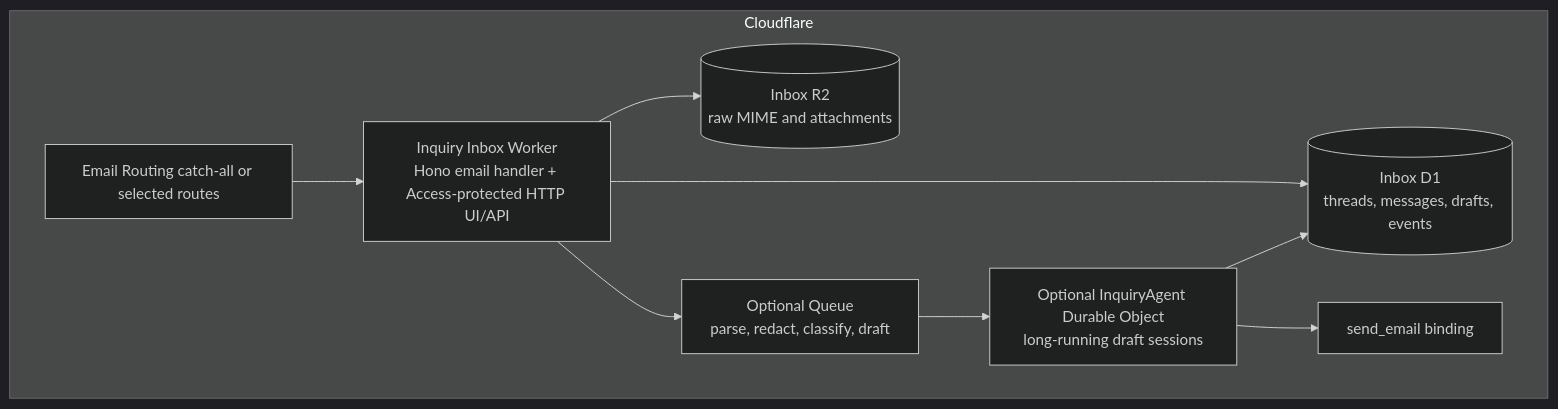
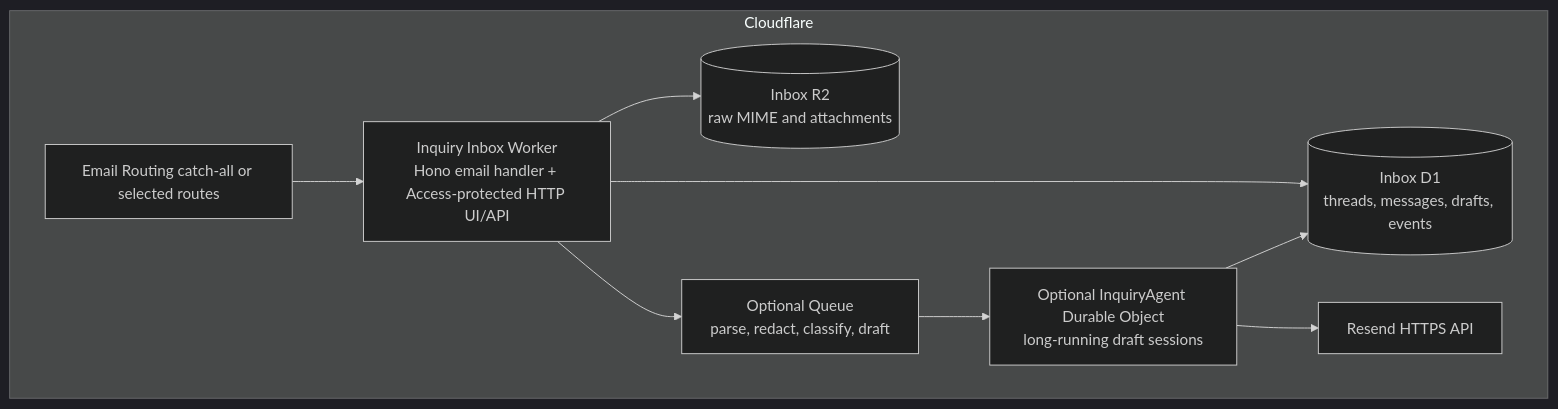
The second of 4 diagrams in docs/operations/ai-inquiry-inbox.md (kazu-42/HonoWarden), drawn with Mermaid (dark theme) before and after one commit. The commit also changed other lines of this file and 14 other files, not shown here.

````diff
--- a/docs/operations/ai-inquiry-inbox.md
+++ b/docs/operations/ai-inquiry-inbox.md
@@ -70,20 +83,20 @@
 ```mermaid
 flowchart TB
   subgraph Cloudflare
     EmailRouting[Email Routing catch-all or selected routes]
     InboxWorker[Inquiry Inbox Worker<br/>Hono email handler + Access-protected HTTP UI/API]
     InboxD1[(Inbox D1<br/>threads, messages, drafts, events)]
     InboxR2[(Inbox R2<br/>raw MIME and attachments)]
     TriageQueue[Optional Queue<br/>parse, redact, classify, draft]
     AgentDO[Optional InquiryAgent Durable Object<br/>long-running draft sessions]
-    EmailBinding[send_email binding]
+    OutboundProvider[Resend HTTPS API]
   end
 
   EmailRouting --> InboxWorker
   InboxWorker --> InboxD1
   InboxWorker --> InboxR2
   InboxWorker --> TriageQueue
   TriageQueue --> AgentDO
   AgentDO --> InboxD1
-  AgentDO --> EmailBinding
+  AgentDO --> OutboundProvider
 ```
````
